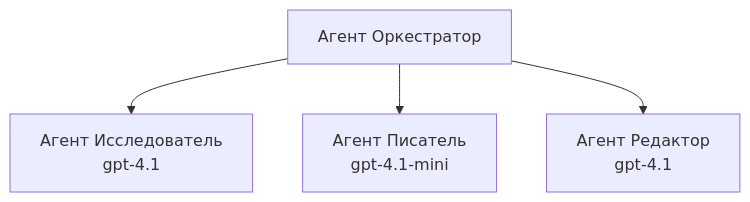
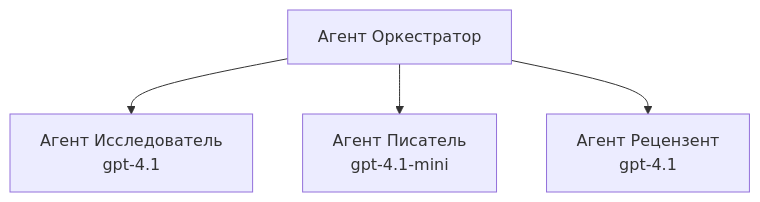
Before and after one commit to microsoft/AZD-for-beginners: the third of 3 diagrams in translations/ru/docs/chapter-02-ai-development/agents.md, drawn with Mermaid. The commit also changed other lines of this file and 101 other files, not shown here.

````diff
--- a/translations/ru/docs/chapter-02-ai-development/agents.md
+++ b/translations/ru/docs/chapter-02-ai-development/agents.md
@@ -189,6 +194,6 @@
 ```mermaid
 graph TD
     Orchestrator[Агент Оркестратор] --> Research[Агент Исследователь<br/>gpt-4.1]
     Orchestrator --> Writer[Агент Писатель<br/>gpt-4.1-mini]
-    Orchestrator --> Reviewer[Агент Редактор<br/>gpt-4.1]
+    Orchestrator --> Reviewer[Агент Рецензент<br/>gpt-4.1]
 ```
````
